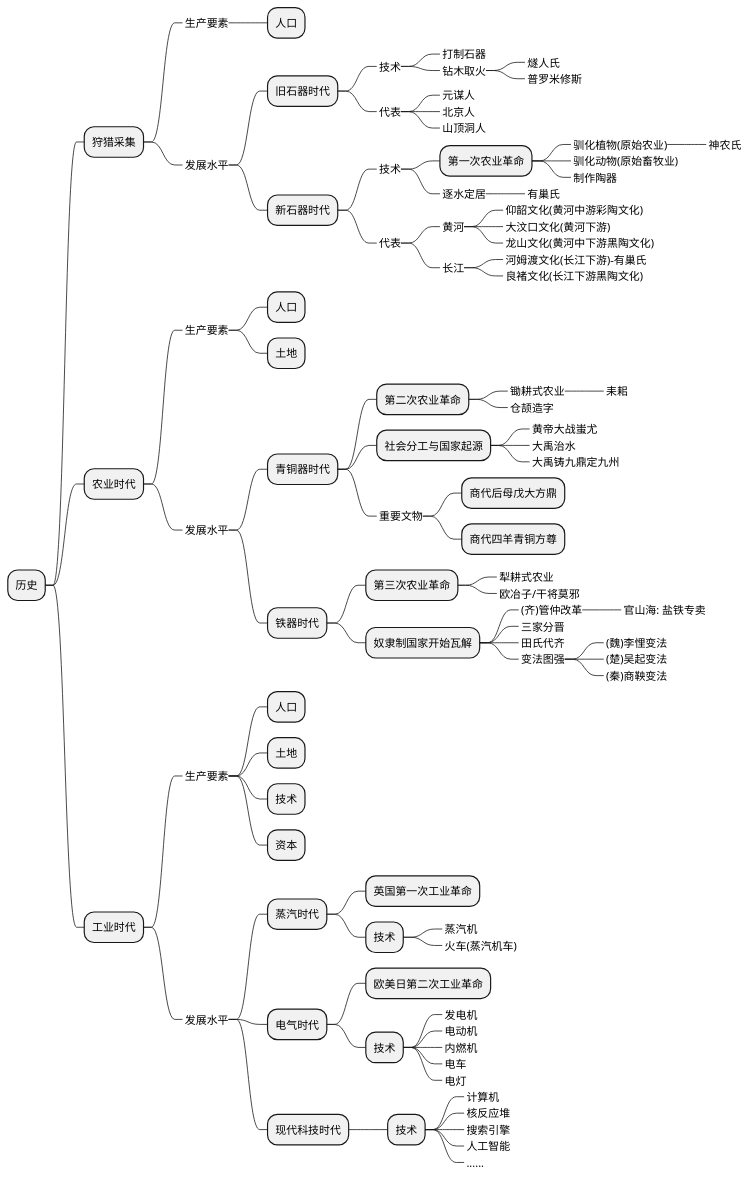
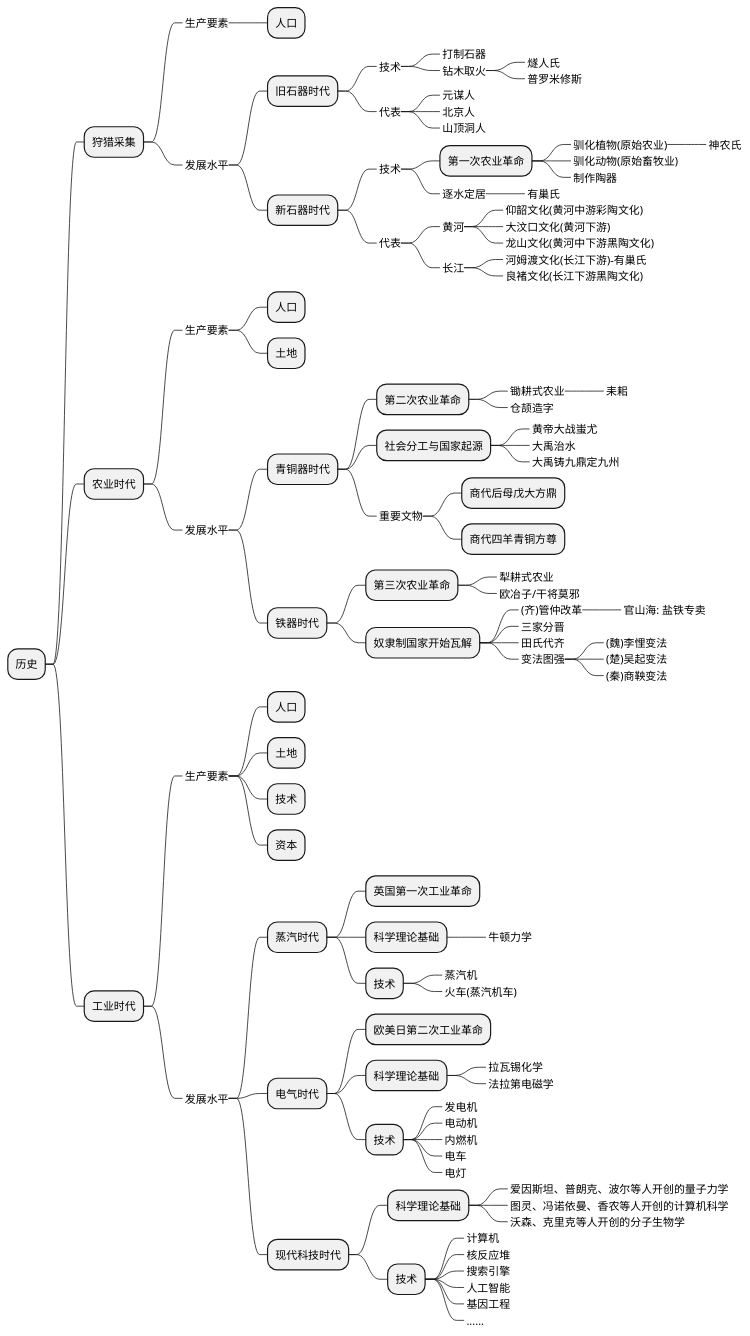
Before and after one commit to holmofy/blog.hufeifei.cn: the diagram in source/_posts/economic/economic_and_history.md, drawn with PlantUML.

````diff
--- a/source/_posts/economic/economic_and_history.md
+++ b/source/_posts/economic/economic_and_history.md
@@ -86,11 +86,16 @@
 +++_ 发展水平
 ++++ 蒸汽时代
 +++++ 英国第一次工业革命
++++++ 科学理论基础
+++++++_ 牛顿力学
 +++++ 技术
 ++++++_ 蒸汽机
 ++++++_ 火车(蒸汽机车)
 ++++ 电气时代
 +++++ 欧美日第二次工业革命
++++++ 科学理论基础
+++++++_ 拉瓦锡化学
+++++++_ 法拉第电磁学
 +++++ 技术
 ++++++_ 发电机
 ++++++_ 电动机
@@ -98,11 +103,16 @@
 ++++++_ 电车
 ++++++_ 电灯
 ++++ 现代科技时代
++++++ 科学理论基础
+++++++_ 爱因斯坦、普朗克、波尔等人开创的量子力学
+++++++_ 图灵、冯诺依曼、香农等人开创的计算机科学
+++++++_ 沃森、克里克等人开创的分子生物学
 +++++ 技术
 ++++++_ 计算机
 ++++++_ 核反应堆
 ++++++_ 搜索引擎
 ++++++_ 人工智能
+++++++_ 基因工程
 ++++++_ ......
 @endmindmap
 ```
````
